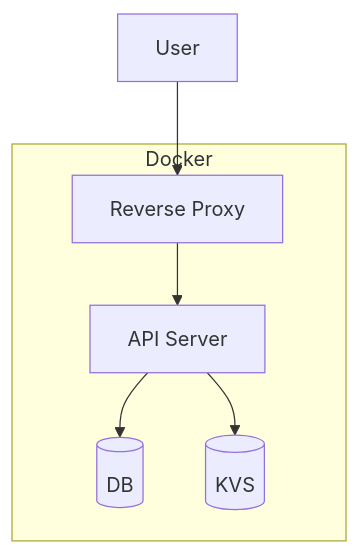
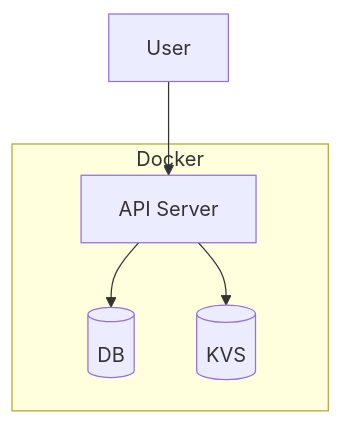
Before and after one commit to wakewakame/cmd_supervisor: the first of 2 diagrams in docs/README.md, drawn with Mermaid. The commit also changed 8 other files, not shown here.

````diff
--- a/docs/README.md
+++ b/docs/README.md
@@ -3,9 +3,8 @@
 ```mermaid
 flowchart TD
-  u[User] --> reverse[Reverse Proxy]
+  u[User] --> api[API Server]
   subgraph Docker
-    reverse --> api[API Server]
     api --> db[(DB)]
     api --> kvs[(KVS)]
   end
 ```
````
